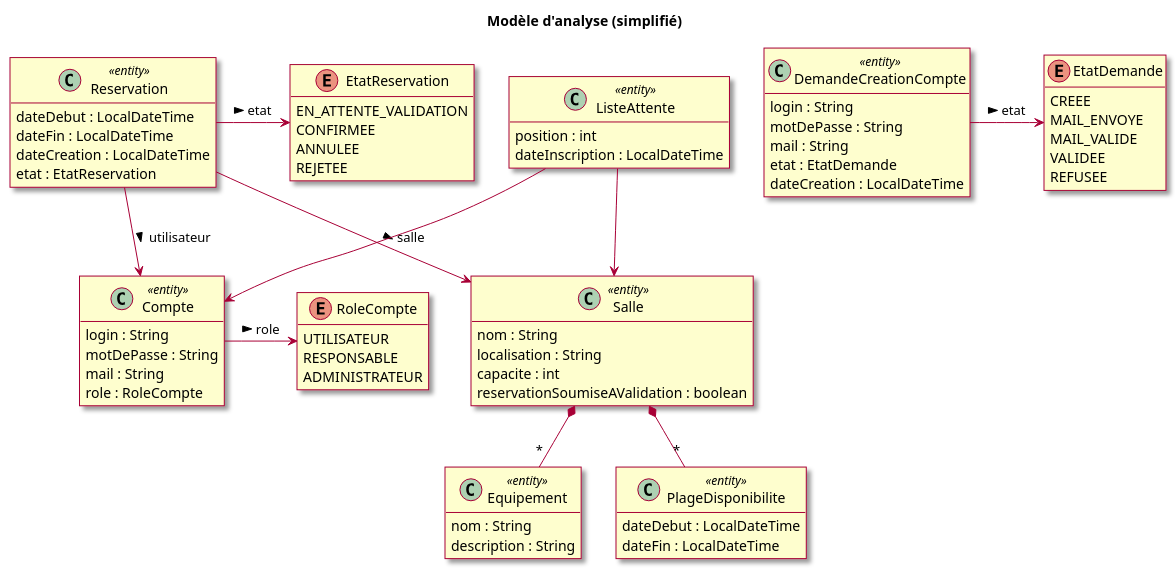
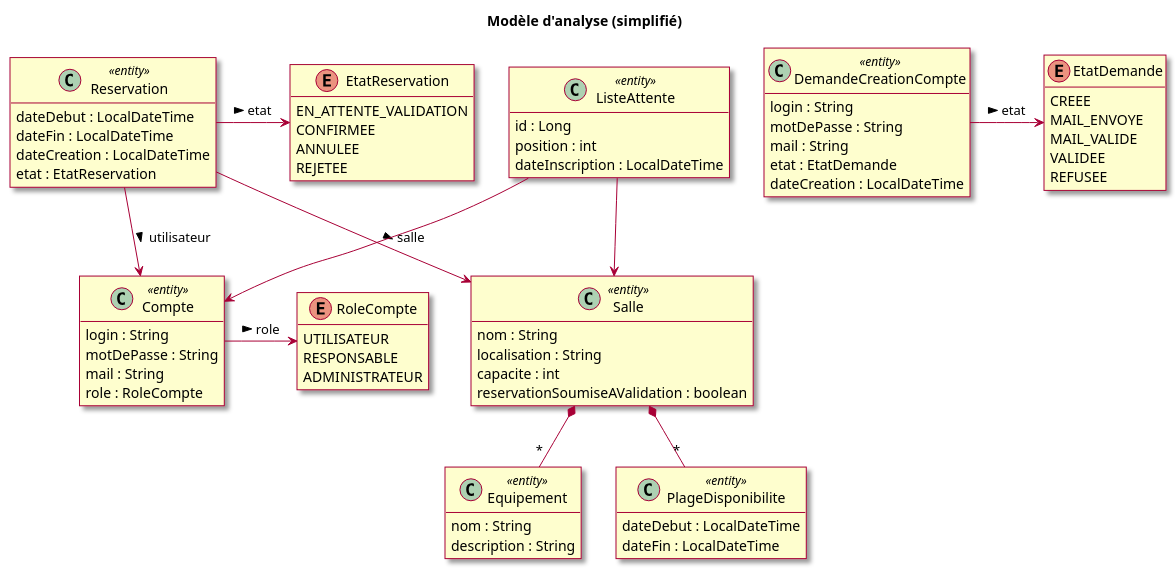
One commit to mrajaonson/glg204-room-management-system changed the fourth of 36 diagrams in docs/03-Conception.md. Above: the diagram before and after it, drawn with PlantUML. The commit also changed other lines of this file and 5 other files, not shown here.

```diff
--- a/docs/03-Conception.md
+++ b/docs/03-Conception.md
@@ -387,6 +387,7 @@
 }
 
 class ListeAttente <<entity>> {
+  id : Long
   position : int
   dateInscription : LocalDateTime
 }
```
